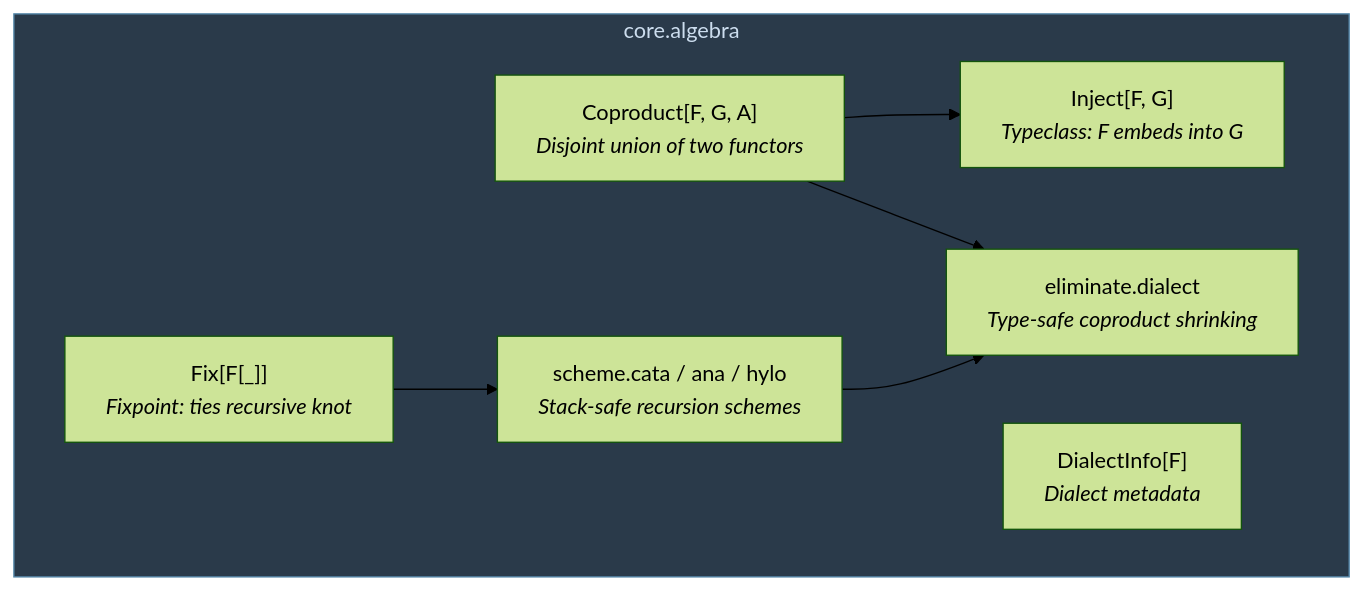
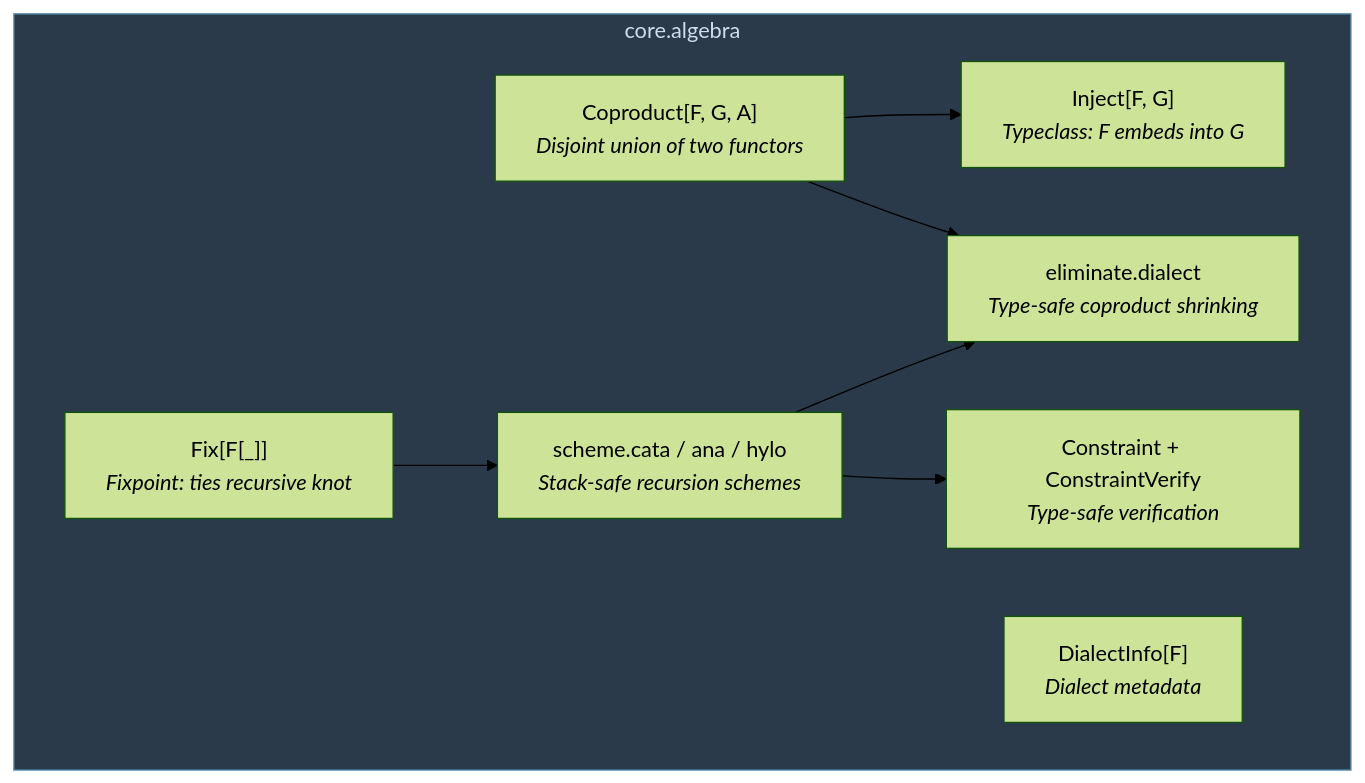
Before and after one commit to alnovis/ircraft: the second of 7 diagrams in docs/ARCHITECTURE.md, drawn with Mermaid (forest theme). The commit also changed other lines of this file and 11 other files, not shown here.

````diff
--- a/docs/ARCHITECTURE.md
+++ b/docs/ARCHITECTURE.md
@@ -188,18 +188,20 @@
 ```mermaid
 flowchart TD
     subgraph algebra["core.algebra"]
         Fix["Fix[F[_]]<br/><i>Fixpoint: ties recursive knot</i>"]
         Cop["Coproduct[F, G, A]<br/><i>Disjoint union of two functors</i>"]
         Inj["Inject[F, G]<br/><i>Typeclass: F embeds into G</i>"]
         Sch["scheme.cata / ana / hylo<br/><i>Stack-safe recursion schemes</i>"]
         Elim["eliminate.dialect<br/><i>Type-safe coproduct shrinking</i>"]
         DI["DialectInfo[F]<br/><i>Dialect metadata</i>"]
+        Con["Constraint + ConstraintVerify<br/><i>Type-safe verification</i>"]
     end
 
     Fix --> Sch
     Cop --> Inj
     Cop --> Elim
     Sch --> Elim
+    Sch --> Con
 
     style algebra fill:#2a3a4a,stroke:#5588aa,color:#ccddee
 ```
````
